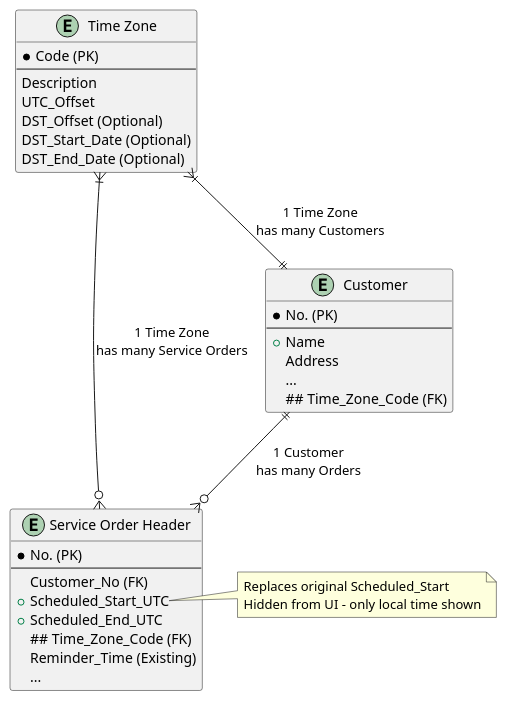
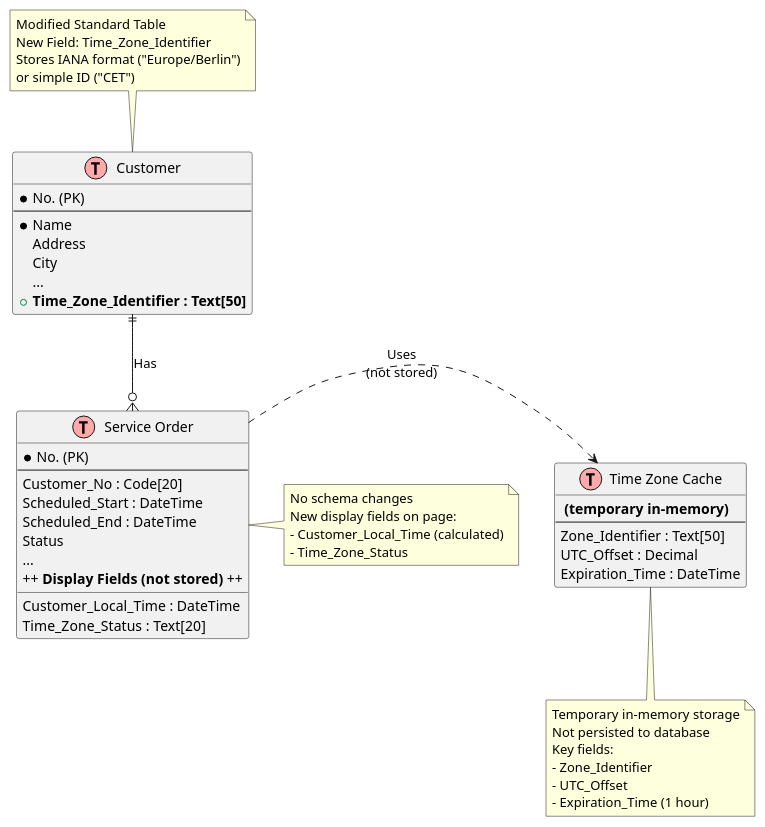
Before and after one commit to Salem-Sayarh/BC_Time_Zone_Assistant: the diagram in Doku/UML/Tables.wsd, drawn with PlantUML. The commit also changed 2 other files, not shown here.

```diff
--- a/Doku/UML/Tables.wsd
+++ b/Doku/UML/Tables.wsd
@@ -1,40 +1,62 @@
-@startuml   Tables
-entity "Time Zone" as TZ {
-  * Code (PK)
+@startuml Tables
+' Tables
+entity Customer << (T,#FFAAAA) >> {
+  * No. (PK)
   --
-  Description
-  UTC_Offset
-  DST_Offset (Optional)
-  DST_Start_Date (Optional)
-  DST_End_Date (Optional)
+  * Name
+  Address
+  City
+  ...
+  + **Time_Zone_Identifier : Text[50]**
 }
 
-entity Customer {
+entity "Service Order" << (T,#FFAAAA) >> {
   * No. (PK)
   --
-  + Name
-  Address
+  Customer_No : Code[20]
+  Scheduled_Start : DateTime
+  Scheduled_End : DateTime
+  Status
   ...
-  ## Time_Zone_Code (FK)
+  ++ **Display Fields (not stored)** ++
+  __
+  Customer_Local_Time : DateTime
+  Time_Zone_Status : Text[20]
 }
 
-entity "Service Order Header" as SOH {
-  * No. (PK)
+entity "Time Zone Cache" << (T,#FFAAAA) >> {
+  ** (temporary in-memory) **
   --
-  Customer_No (FK)
-  + Scheduled_Start_UTC
-  + Scheduled_End_UTC
-  ## Time_Zone_Code (FK)
-  Reminder_Time (Existing)
-  ...
+  Zone_Identifier : Text[50]
+  UTC_Offset : Decimal
+  Expiration_Time : DateTime
 }
 
-TZ }|--|| Customer : "1 Time Zone\nhas many Customers"
-TZ }|--o{ SOH : "1 Time Zone\nhas many Service Orders"
-Customer ||--o{ SOH : "1 Customer\nhas many Orders"
+' Relationships
+Customer ||--o{ "Service Order" : "Has"
+"Service Order" .> "Time Zone Cache" : "Uses\n(not stored)"
 
-note right of SOH::Scheduled_Start_UTC
-  Replaces original Scheduled_Start
-  Hidden from UI - only local time shown
+' Notes
+note top of Customer
+  Modified Standard Table
+  New Field: Time_Zone_Identifier
+  Stores IANA format ("Europe/Berlin")
+  or simple ID ("CET")
 end note
-@enduml 
+
+note right of "Service Order"
+  No schema changes
+  New display fields on page:
+  - Customer_Local_Time (calculated)
+  - Time_Zone_Status
+end note
+
+note bottom of "Time Zone Cache"
+  Temporary in-memory storage
+  Not persisted to database
+  Key fields:
+  - Zone_Identifier
+  - UTC_Offset
+  - Expiration_Time (1 hour)
+end note
+@enduml
```
